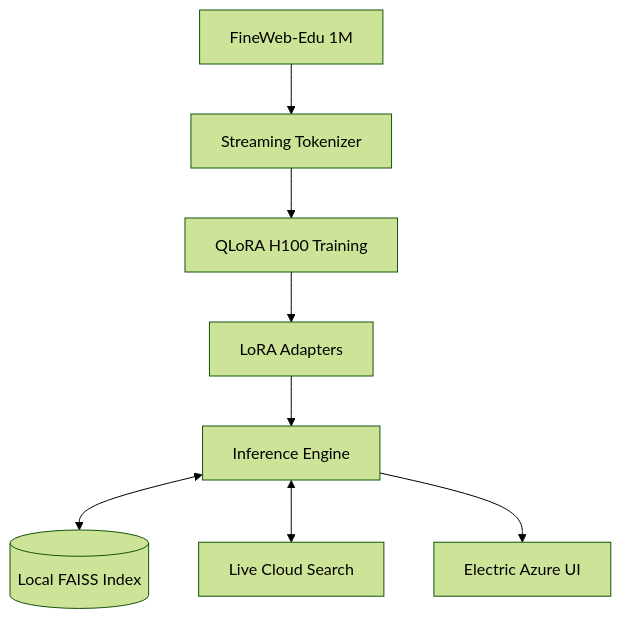
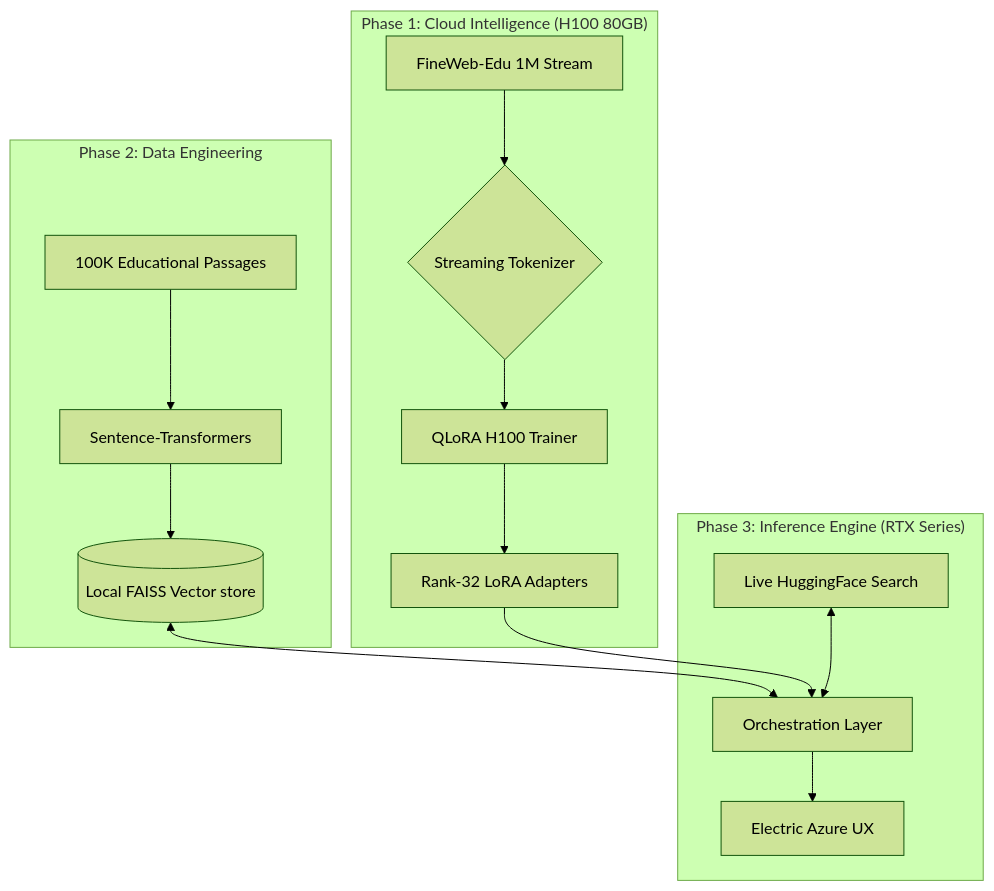
The diagram in README.md (heyisula/infosage-13b), drawn with Mermaid (forest theme) before and after one commit. The commit also changed other lines of this file, not shown here.

````diff
--- a/README.md
+++ b/README.md
@@ -68,10 +52,20 @@
 ```mermaid
 graph TD
-    A[FineWeb-Edu 1M] --> B[Streaming Tokenizer]
-    B --> C[QLoRA H100 Training]
-    C --> D[LoRA Adapters]
-    D --> E[Inference Engine]
-    E <--> F[(Local FAISS Index)]
-    E <--> G[Live Cloud Search]
-    E --> H[Electric Azure UI]
+    subgraph "Phase 1: Cloud Intelligence (H100 80GB)"
+        A[FineWeb-Edu 1M Stream] --> B{Streaming Tokenizer}
+        B --> C[QLoRA H100 Trainer]
+        C --> D[Rank-32 LoRA Adapters]
+    end
+    
+    subgraph "Phase 2: Data Engineering"
+        E[100K Educational Passages] --> F[Sentence-Transformers]
+        F --> G[(Local FAISS Vector store)]
+    end
+
+    subgraph "Phase 3: Inference Engine (RTX Series)"
+        G <--> H[Orchestration Layer]
+        D --> H
+        I[Live HuggingFace Search] <--> H
+        H --> J[Electric Azure UX]
+    end
 ```
````
